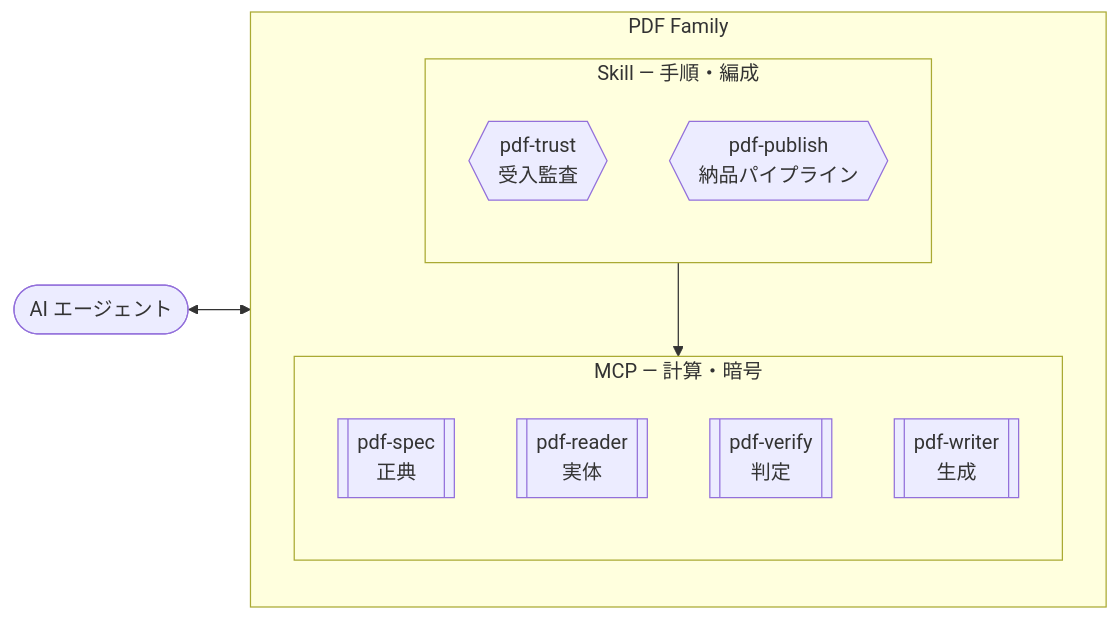
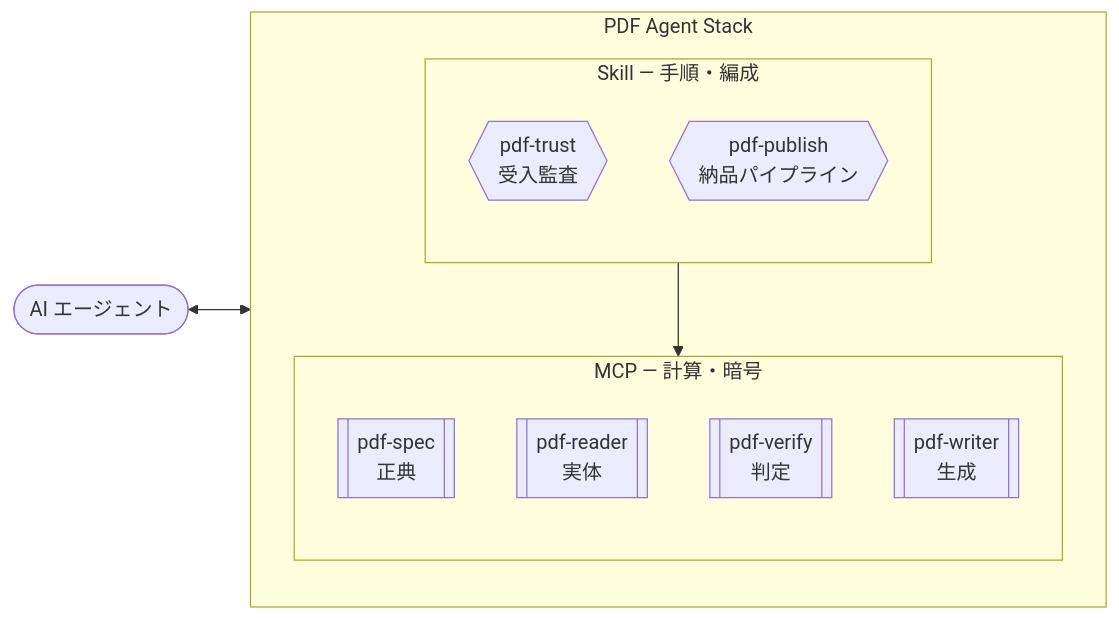
One commit to shuji-bonji/zenn-articles changed the second of 5 diagrams in articles/pdf-agent-stack-intro.md. Above: the diagram before and after it, drawn with Mermaid. The commit also changed other lines of this file, not shown here.

Commit message:
fix: MCP サーバーを作っていたら「AI のための PDF 知識インフラ」になっていた 👉 PDF Agent Stack の訂正

````diff
--- a/articles/pdf-agent-stack-intro.md
+++ b/articles/pdf-agent-stack-intro.md
@@ -155,23 +157,23 @@
 ```mermaid
 graph LR
   AGENT(["AI エージェント"])
 
-  subgraph FAMILY["PDF Family"]
+  subgraph FAMILY["PDF Agent Stack"]
     direction TB
     subgraph SKILL["Skill — 手順・編成"]
       direction TB
       TRUST{{"pdf-trust<br>受入監査"}}
       PUBLISH{{"pdf-publish<br>納品パイプライン"}}
     end
     subgraph MCP["MCP — 計算・暗号"]
       direction TB
       SPEC[["pdf-spec<br>正典"]]
       READER[["pdf-reader<br>実体"]]
       VERIFY[["pdf-verify<br>判定"]]
       WRITER[["pdf-writer<br>生成"]]
     end
     SKILL --> MCP
   end
 
   AGENT <--> FAMILY
 ```
````
